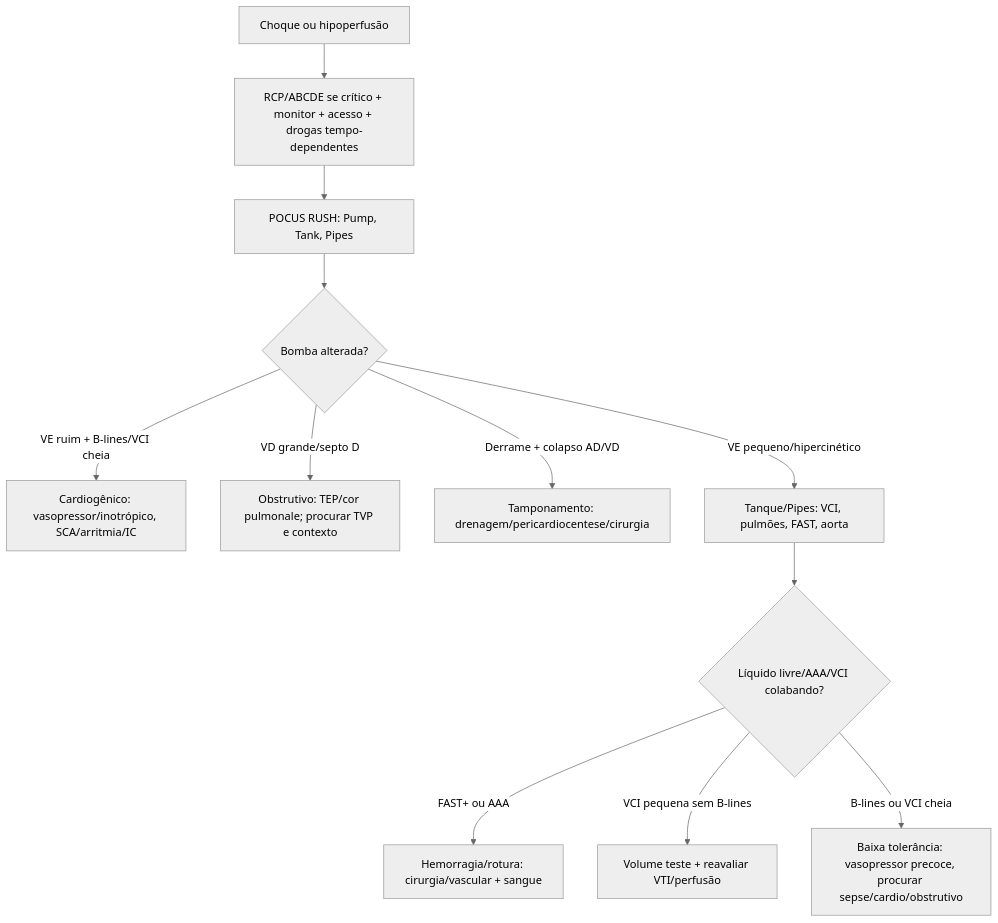
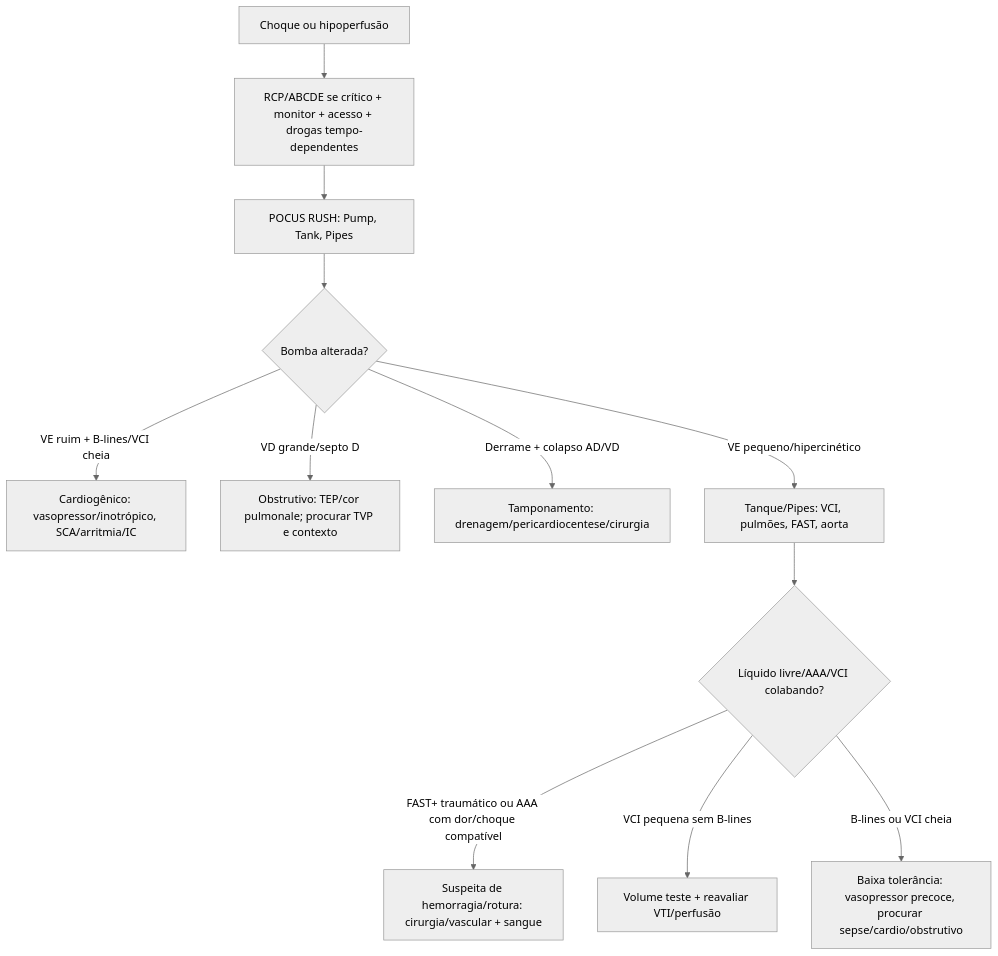
Before and after one commit to ThiagoPersona/emergencia26: the first of 3 diagrams in Intensivao/temas/004_pocus.md, drawn with Mermaid (neutral theme). The commit also changed other lines of this file and 5 other files, not shown here.

````diff
--- a/Intensivao/temas/004_pocus.md
+++ b/Intensivao/temas/004_pocus.md
@@ -256,14 +283,14 @@
 ```mermaid
 flowchart TD
     A["Choque ou hipoperfusão"] --> B["RCP/ABCDE se crítico + monitor + acesso + drogas tempo-dependentes"]
     B --> C["POCUS RUSH: Pump, Tank, Pipes"]
     C --> D{"Bomba alterada?"}
     D -->|VE ruim + B-lines/VCI cheia| E["Cardiogênico: vasopressor/inotrópico, SCA/arritmia/IC"]
     D -->|VD grande/septo D| F["Obstrutivo: TEP/cor pulmonale; procurar TVP e contexto"]
     D -->|Derrame + colapso AD/VD| G["Tamponamento: drenagem/pericardiocentese/cirurgia"]
     D -->|VE pequeno/hipercinético| H["Tanque/Pipes: VCI, pulmões, FAST, aorta"]
     H --> I{"Líquido livre/AAA/VCI colabando?"}
-    I -->|FAST+ ou AAA| J["Hemorragia/rotura: cirurgia/vascular + sangue"]
+    I -->|FAST+ traumático ou AAA com dor/choque compatível| J["Suspeita de hemorragia/rotura: cirurgia/vascular + sangue"]
     I -->|VCI pequena sem B-lines| K["Volume teste + reavaliar VTI/perfusão"]
     I -->|B-lines ou VCI cheia| L["Baixa tolerância: vasopressor precoce, procurar sepse/cardio/obstrutivo"]
 ```
````
